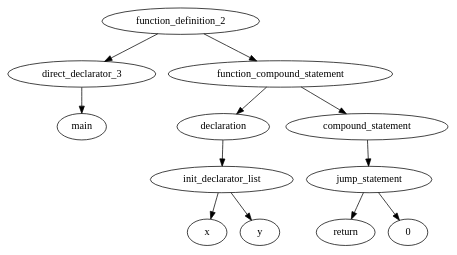
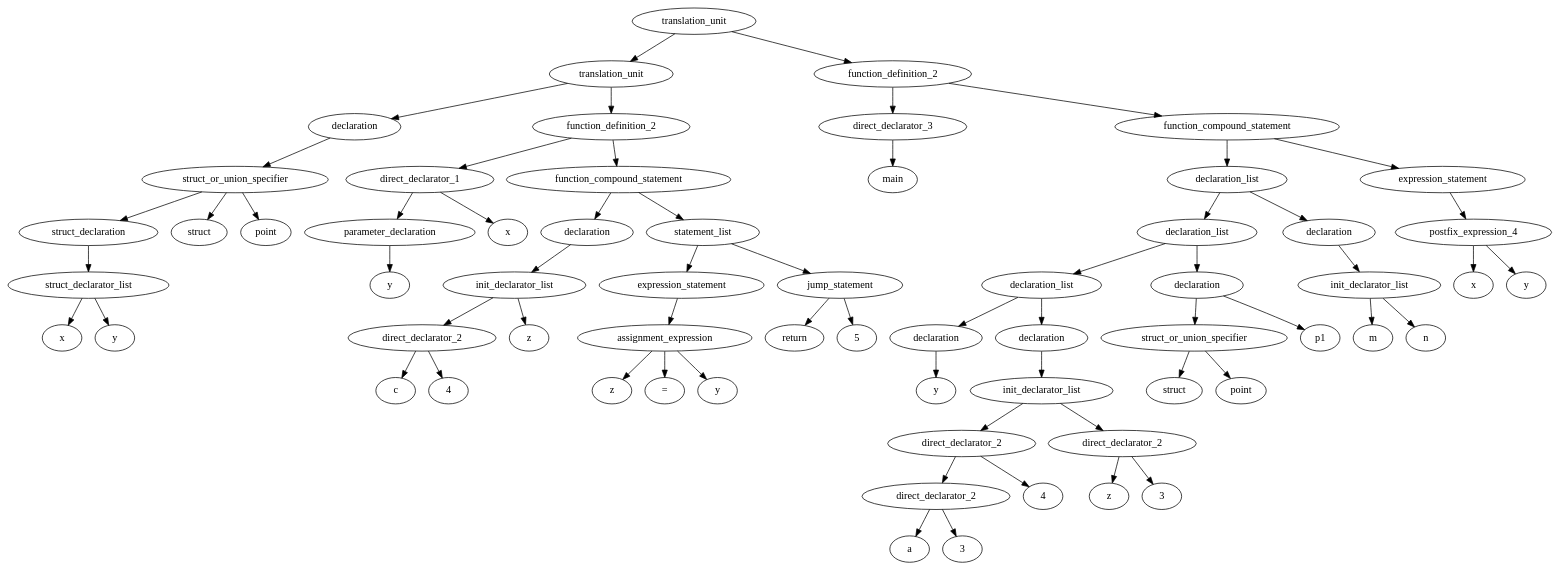
Before and after one commit to govarun/compiler-project: the diagram in graph1.dot, drawn with Graphviz. The commit also changed 3 other files, not shown here.

```diff
--- a/graph1.dot
+++ b/graph1.dot
@@ -1,25 +1,127 @@
 digraph G {
-1[label="direct_declarator_3"]
-2[label="main"]
+1[label="struct_declarator_list"]
+2[label="x"]
 1 -> 2
-3[label="init_declarator_list"]
-4[label="x"]
-3 -> 4
-5[label="y"]
-3 -> 5
-6[label="declaration"]
-6 -> 3
-7[label="jump_statement"]
-8[label="return"]
-7 -> 8
-9[label="0"]
-7 -> 9
-10[label="compound_statement"]
-10 -> 7
-11[label="function_compound_statement"]
-11 -> 6
-11 -> 10
-12[label="function_definition_2"]
-12 -> 1
-12 -> 11
+3[label="y"]
+1 -> 3
+4[label="struct_declaration"]
+4 -> 1
+5[label="struct_or_union_specifier"]
+6[label="struct"]
+5 -> 6
+7[label="point"]
+5 -> 7
+5 -> 4
+8[label="declaration"]
+8 -> 5
+9[label="parameter_declaration"]
+10[label="y"]
+9 -> 10
+11[label="direct_declarator_1"]
+12[label="x"]
+11 -> 12
+11 -> 9
+13[label="direct_declarator_2"]
+14[label="c"]
+13 -> 14
+15[label="4"]
+13 -> 15
+16[label="init_declarator_list"]
+16 -> 13
+17[label="z"]
+16 -> 17
+18[label="declaration"]
+18 -> 16
+19[label="assignment_expression"]
+20[label="z"]
+19 -> 20
+21[label="="]
+19 -> 21
+22[label="y"]
+19 -> 22
+23[label="expression_statement"]
+23 -> 19
+24[label="jump_statement"]
+25[label="return"]
+24 -> 25
+26[label="5"]
+24 -> 26
+27[label="statement_list"]
+27 -> 23
+27 -> 24
+28[label="function_compound_statement"]
+28 -> 18
+28 -> 27
+29[label="function_definition_2"]
+29 -> 11
+29 -> 28
+30[label="translation_unit"]
+30 -> 8
+30 -> 29
+31[label="direct_declarator_3"]
+32[label="main"]
+31 -> 32
+33[label="declaration"]
+34[label="y"]
+33 -> 34
+35[label="direct_declarator_2"]
+36[label="a"]
+35 -> 36
+37[label="3"]
+35 -> 37
+38[label="direct_declarator_2"]
+38 -> 35
+39[label="4"]
+38 -> 39
+40[label="direct_declarator_2"]
+41[label="z"]
+40 -> 41
+42[label="3"]
+40 -> 42
+43[label="init_declarator_list"]
+43 -> 38
+43 -> 40
+44[label="declaration"]
+44 -> 43
+45[label="declaration_list"]
+45 -> 33
+45 -> 44
+46[label="struct_or_union_specifier"]
+47[label="struct"]
+46 -> 47
+48[label="point"]
+46 -> 48
+49[label="declaration"]
+49 -> 46
+50[label="p1"]
+49 -> 50
+51[label="declaration_list"]
+51 -> 45
+51 -> 49
+52[label="init_declarator_list"]
+53[label="m"]
+52 -> 53
+54[label="n"]
+52 -> 54
+55[label="declaration"]
+55 -> 52
+56[label="declaration_list"]
+56 -> 51
+56 -> 55
+57[label="postfix_expression_4"]
+58[label="x"]
+57 -> 58
+59[label="y"]
+57 -> 59
+60[label="expression_statement"]
+60 -> 57
+61[label="function_compound_statement"]
+61 -> 56
+61 -> 60
+62[label="function_definition_2"]
+62 -> 31
+62 -> 61
+63[label="translation_unit"]
+63 -> 30
+63 -> 62
 }
```
